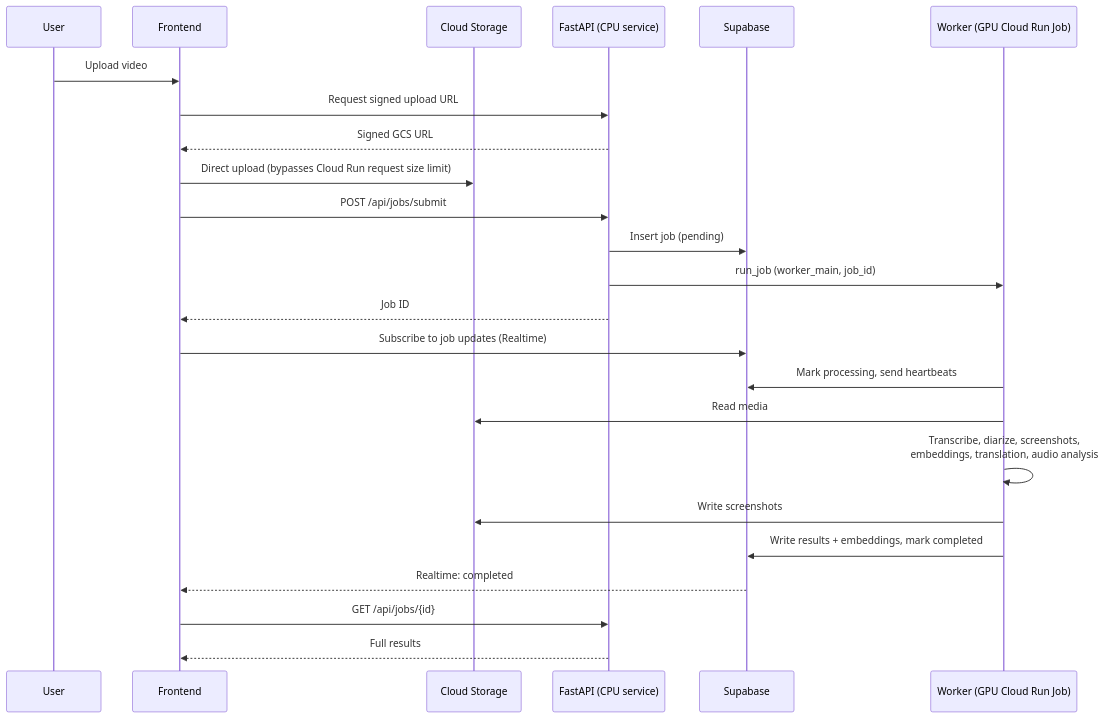
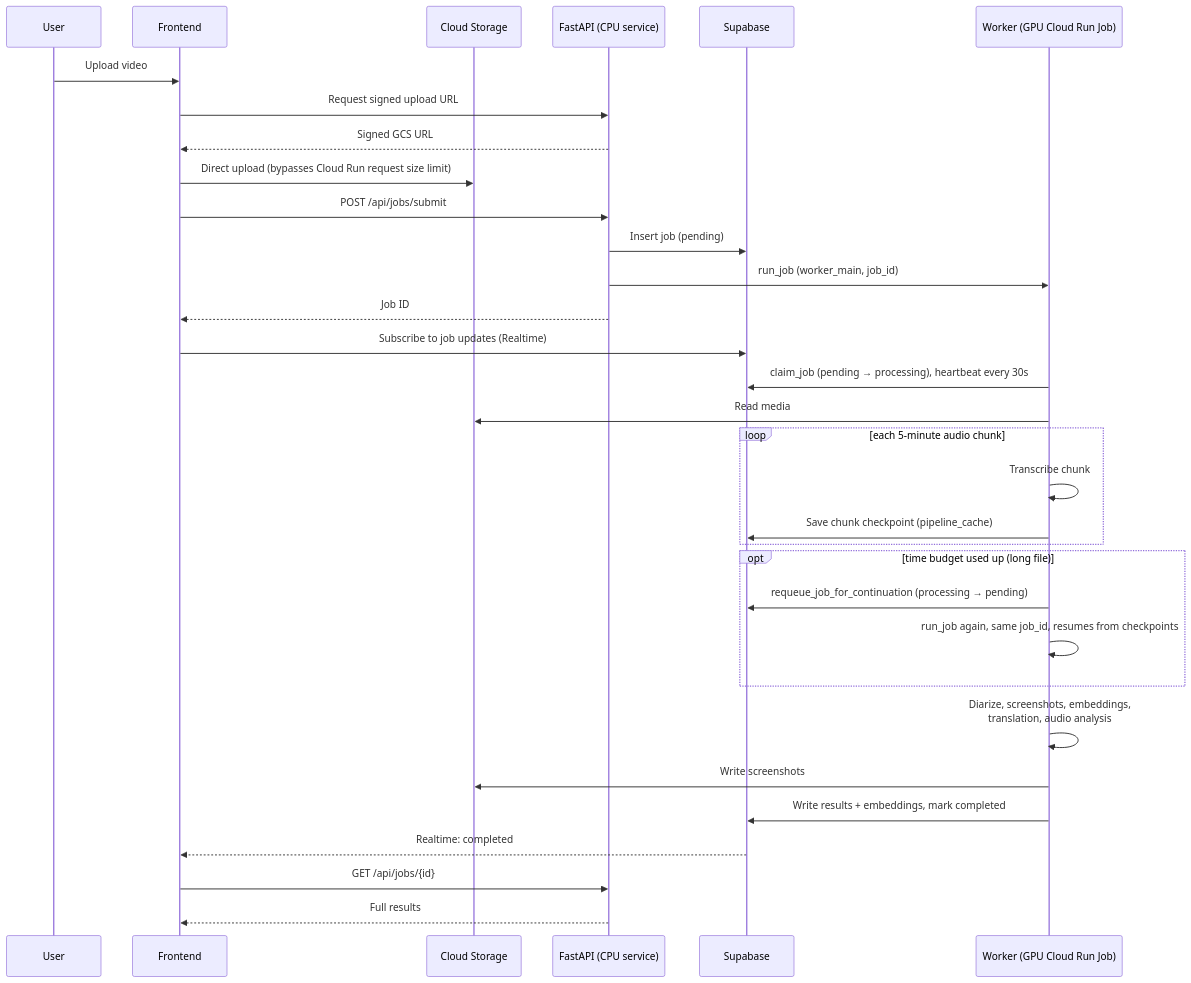
The second of 5 diagrams in docs/ARCHITECTURE.md (Ugur22/ai-subtitles), drawn with Mermaid before and after one commit. The commit also changed other lines of this file and 11 other files, not shown here.

````diff
--- a/docs/ARCHITECTURE.md
+++ b/docs/ARCHITECTURE.md
@@ -73,31 +73,39 @@
 ```mermaid
 sequenceDiagram
     participant U as User
     participant FE as Frontend
     participant GCS as Cloud Storage
     participant API as FastAPI (CPU service)
     participant SB as Supabase
     participant W as Worker (GPU Cloud Run Job)
 
     U->>FE: Upload video
     FE->>API: Request signed upload URL
     API-->>FE: Signed GCS URL
     FE->>GCS: Direct upload (bypasses Cloud Run request size limit)
 
     FE->>API: POST /api/jobs/submit
     API->>SB: Insert job (pending)
     API->>W: run_job (worker_main, job_id)
     API-->>FE: Job ID
 
     FE->>SB: Subscribe to job updates (Realtime)
 
-    W->>SB: Mark processing, send heartbeats
+    W->>SB: claim_job (pending → processing), heartbeat every 30s
     W->>GCS: Read media
-    W->>W: Transcribe, diarize, screenshots,<br/>embeddings, translation, audio analysis
+    loop each 5-minute audio chunk
+        W->>W: Transcribe chunk
+        W->>SB: Save chunk checkpoint (pipeline_cache)
+    end
+    opt time budget used up (long file)
+        W->>SB: requeue_job_for_continuation (processing → pending)
+        W->>W: run_job again, same job_id, resumes from checkpoints
+    end
+    W->>W: Diarize, screenshots, embeddings,<br/>translation, audio analysis
     W->>GCS: Write screenshots
     W->>SB: Write results + embeddings, mark completed
     SB-->>FE: Realtime: completed
 
     FE->>API: GET /api/jobs/{id}
     API-->>FE: Full results
 ```
````
